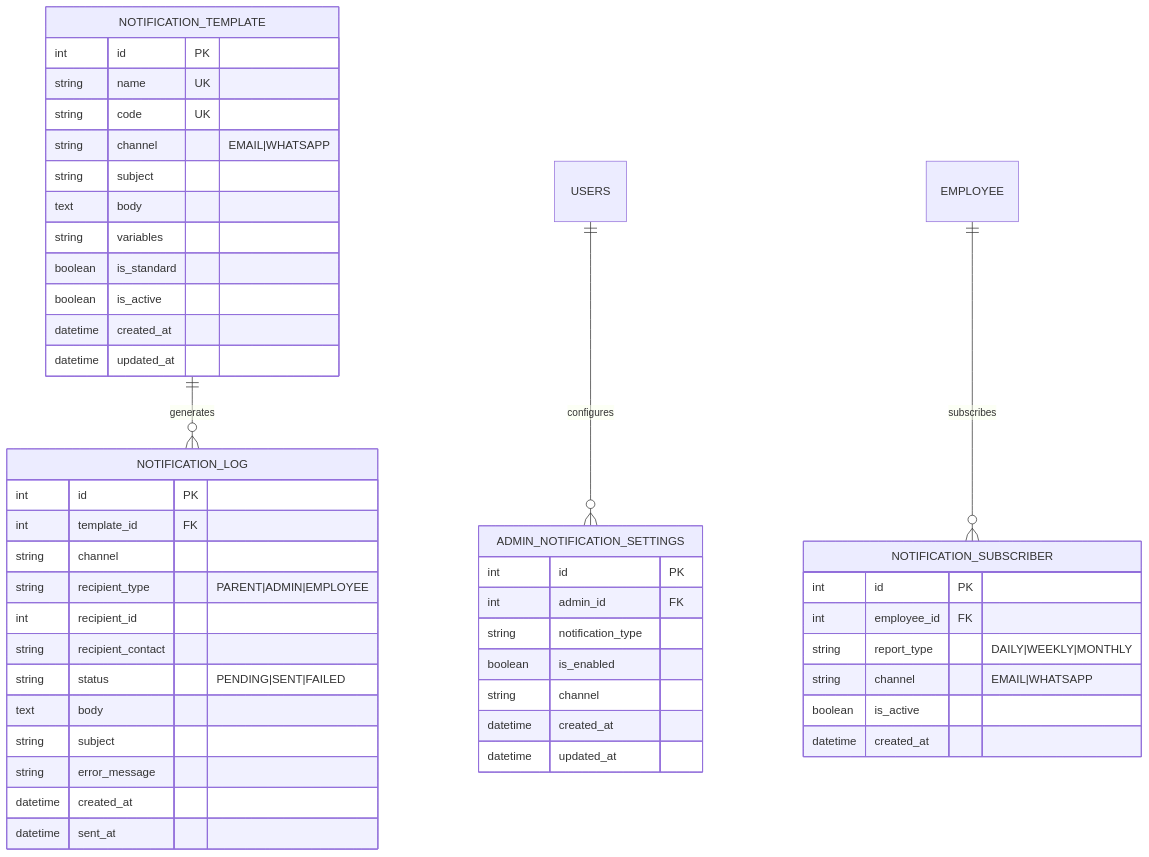
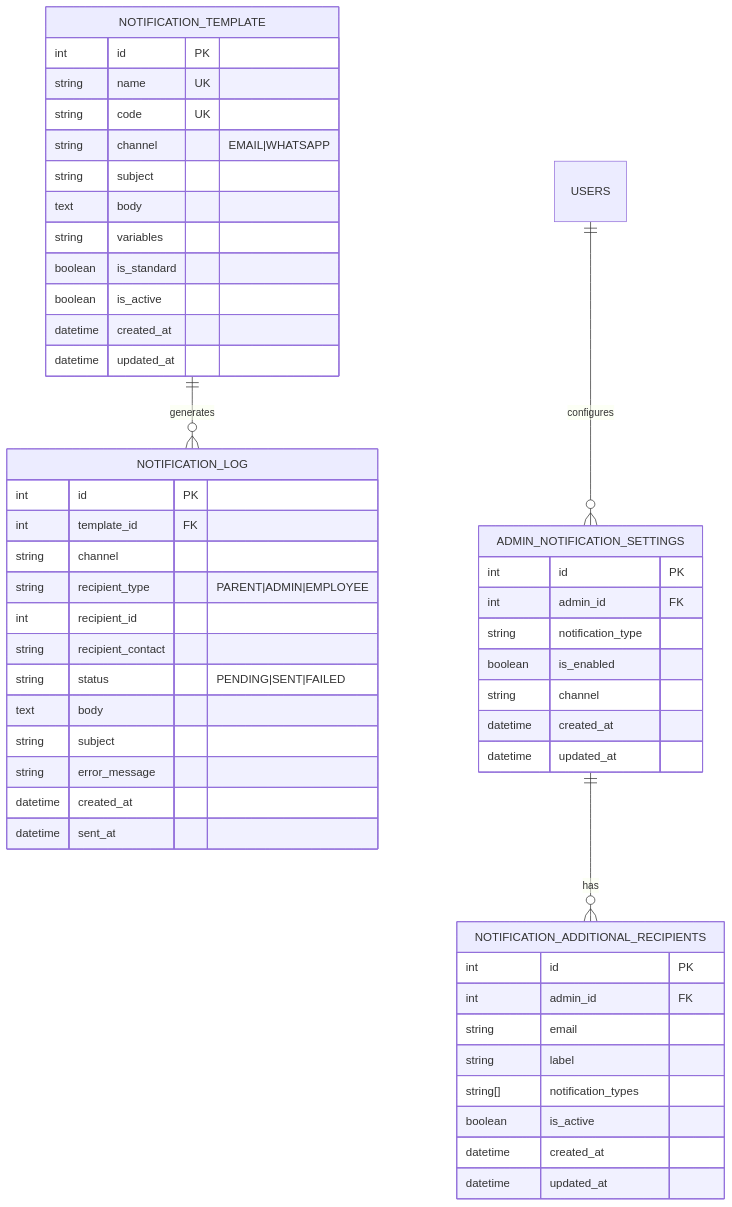
Before and after one commit to ibrhmahmd/techno-terminal: the second of 8 diagrams in docs/notification-architecture.md, drawn with Mermaid. The commit also changed other lines of this file and 6 other files, not shown here.

Commit message:
- Notifications only send to emails in notification_additional_recipients - All admins share the same global settings - No dependency on User/Employee model for emails - No SQLAlchemy 2.0 text() errors - API endpoints unchanged (/admin/settings/me/... still work)

````diff
--- a/docs/notification-architecture.md
+++ b/docs/notification-architecture.md
@@ -87,54 +90,57 @@
 ```mermaid
 erDiagram
     NOTIFICATION_TEMPLATE ||--o{ NOTIFICATION_LOG : generates
     NOTIFICATION_TEMPLATE {
         int id PK
         string name UK
         string code UK
         string channel "EMAIL|WHATSAPP"
         string subject
         text body
         string variables
         boolean is_standard
         boolean is_active
         datetime created_at
         datetime updated_at
     }
     
     NOTIFICATION_LOG {
         int id PK
         int template_id FK
         string channel
         string recipient_type "PARENT|ADMIN|EMPLOYEE"
         int recipient_id
         string recipient_contact
         string status "PENDING|SENT|FAILED"
         text body
         string subject
         string error_message
         datetime created_at
         datetime sent_at
     }
     
-    NOTIFICATION_SUBSCRIBER {
-        int id PK
-        int employee_id FK
-        string report_type "DAILY|WEEKLY|MONTHLY"
-        string channel "EMAIL|WHATSAPP"
-        boolean is_active
-        datetime created_at
-    }
-    
     ADMIN_NOTIFICATION_SETTINGS {
         int id PK
         int admin_id FK
         string notification_type
         boolean is_enabled
         string channel
         datetime created_at
         datetime updated_at
     }
     
     USERS ||--o{ ADMIN_NOTIFICATION_SETTINGS : configures
-    EMPLOYEE ||--o{ NOTIFICATION_SUBSCRIBER : subscribes
+    
+    NOTIFICATION_ADDITIONAL_RECIPIENTS {
+        int id PK
+        int admin_id FK
+        string email
+        string label
+        string[] notification_types
+        boolean is_active
+        datetime created_at
+        datetime updated_at
+    }
+    
+    ADMIN_NOTIFICATION_SETTINGS ||--o{ NOTIFICATION_ADDITIONAL_RECIPIENTS : has
 ```
````
